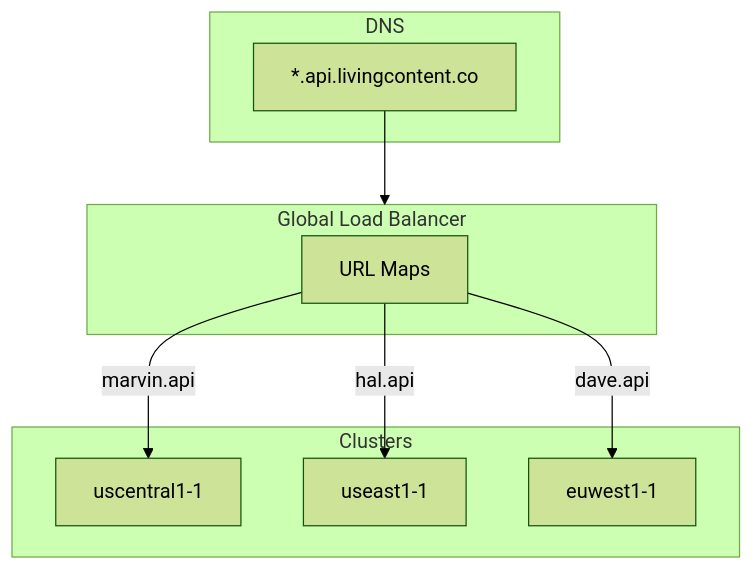
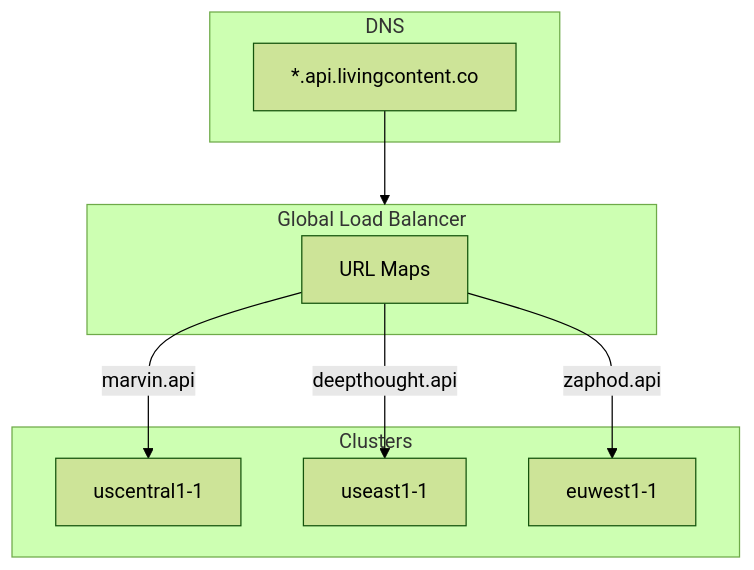
Before and after one commit to Living-Content/living-content-architecture: the sixth of 7 diagrams in networking.md, drawn with Mermaid (forest theme). The commit also changed other lines of this file and 7 other files, not shown here.

````diff
--- a/networking.md
+++ b/networking.md
@@ -270,21 +272,21 @@
 ```mermaid
 flowchart TB
     subgraph dns["DNS"]
         WILDCARD["*.api.livingcontent.co"]
     end
 
     subgraph glb["Global Load Balancer"]
         URLMAP["URL Maps"]
     end
 
     subgraph clusters["Clusters"]
         C1["uscentral1-1"]
         C2["useast1-1"]
         C3["euwest1-1"]
     end
 
     WILDCARD --> glb
     URLMAP -->|"marvin.api"| C1
-    URLMAP -->|"hal.api"| C2
-    URLMAP -->|"dave.api"| C3
+    URLMAP -->|"deepthought.api"| C2
+    URLMAP -->|"zaphod.api"| C3
 ```
````
